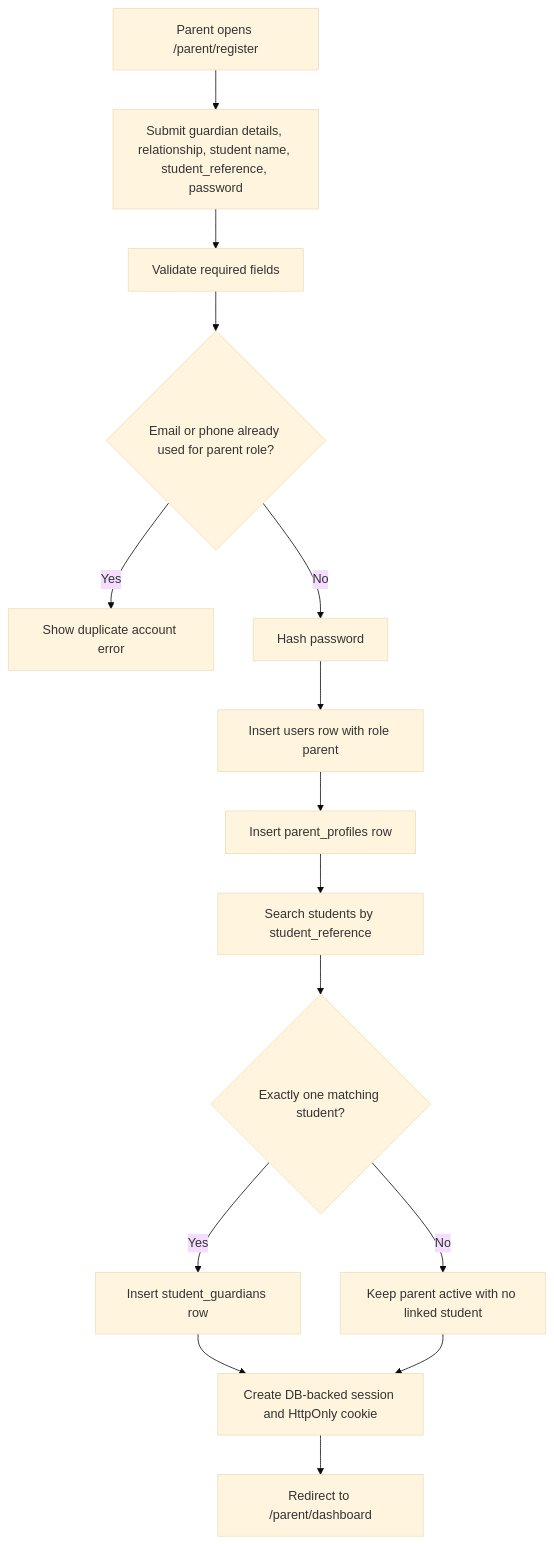
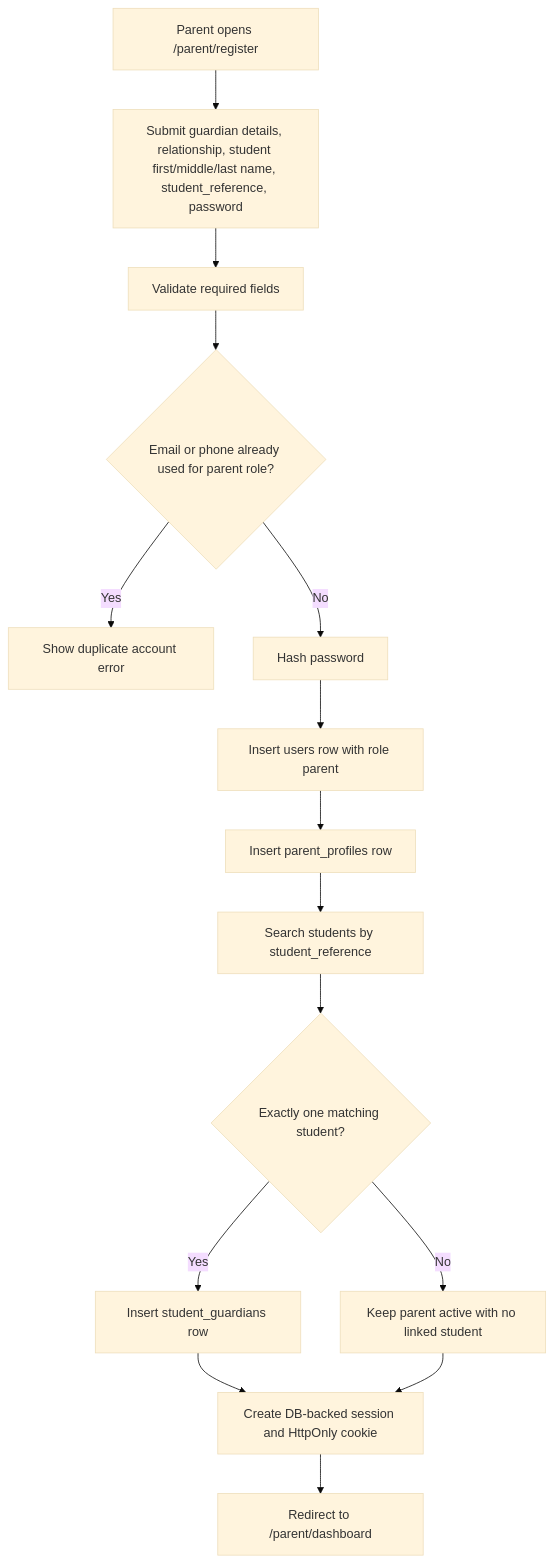
Before and after one commit to Xeyn19/xmetapay: the seventh of 14 diagrams in docs/PROJECT_FLOWCHARTS.md, drawn with Mermaid (base theme). The commit also changed 7 other files, not shown here.

````diff
--- a/docs/PROJECT_FLOWCHARTS.md
+++ b/docs/PROJECT_FLOWCHARTS.md
@@ -234,17 +234,17 @@
 ```mermaid
 flowchart TD
-  A["Parent opens /parent/register"] --> B["Submit guardian details, relationship, student name, student_reference, password"]
+  A["Parent opens /parent/register"] --> B["Submit guardian details, relationship, student first/middle/last name, student_reference, password"]
   B --> C["Validate required fields"]
   C --> D{"Email or phone already used for parent role?"}
   D -->|Yes| E["Show duplicate account error"]
   D -->|No| F["Hash password"]
   F --> G["Insert users row with role parent"]
   G --> H["Insert parent_profiles row"]
   H --> I["Search students by student_reference"]
   I --> J{"Exactly one matching student?"}
   J -->|Yes| K["Insert student_guardians row"]
   J -->|No| L["Keep parent active with no linked student"]
   K --> M["Create DB-backed session and HttpOnly cookie"]
   L --> M
   M --> N["Redirect to /parent/dashboard"]
 ```
````
